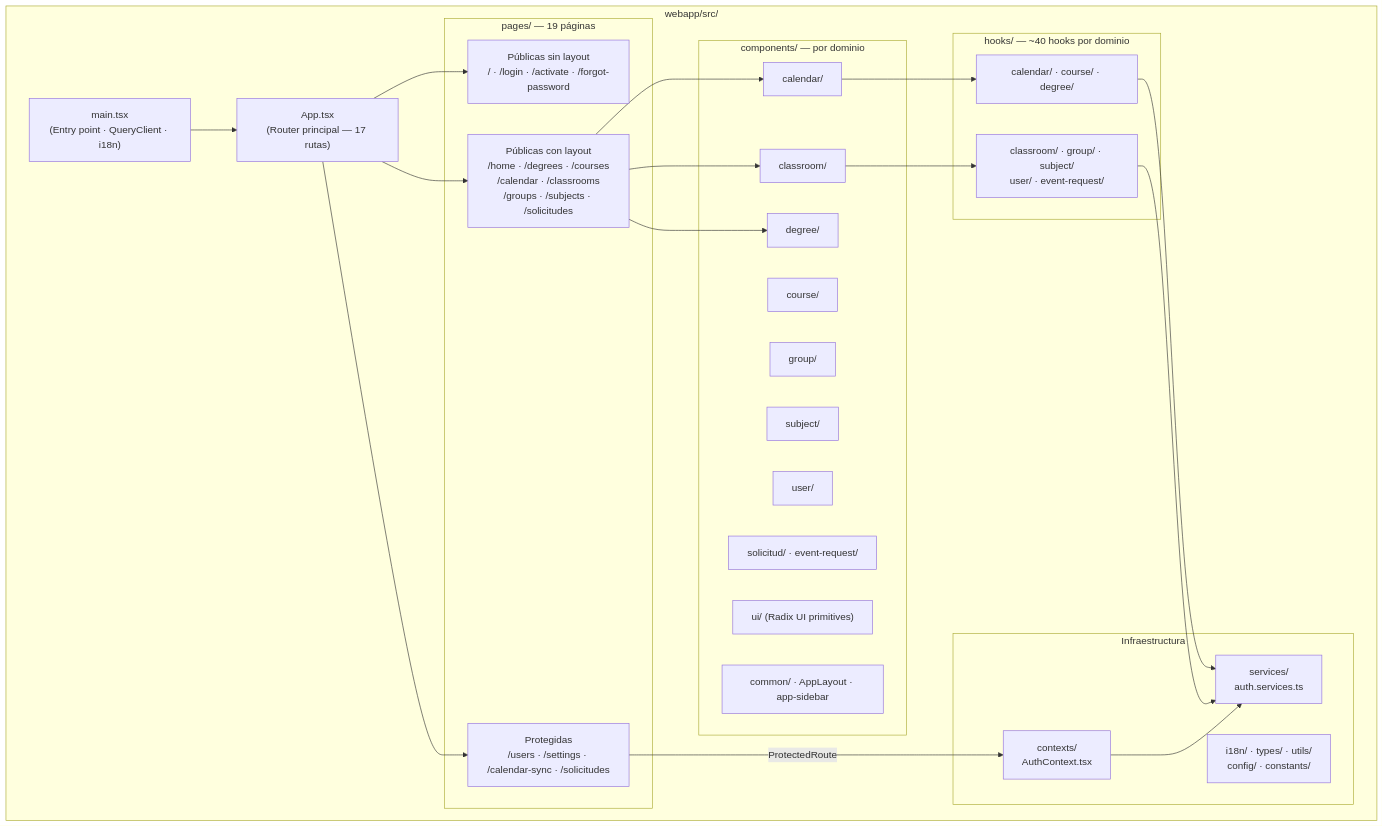
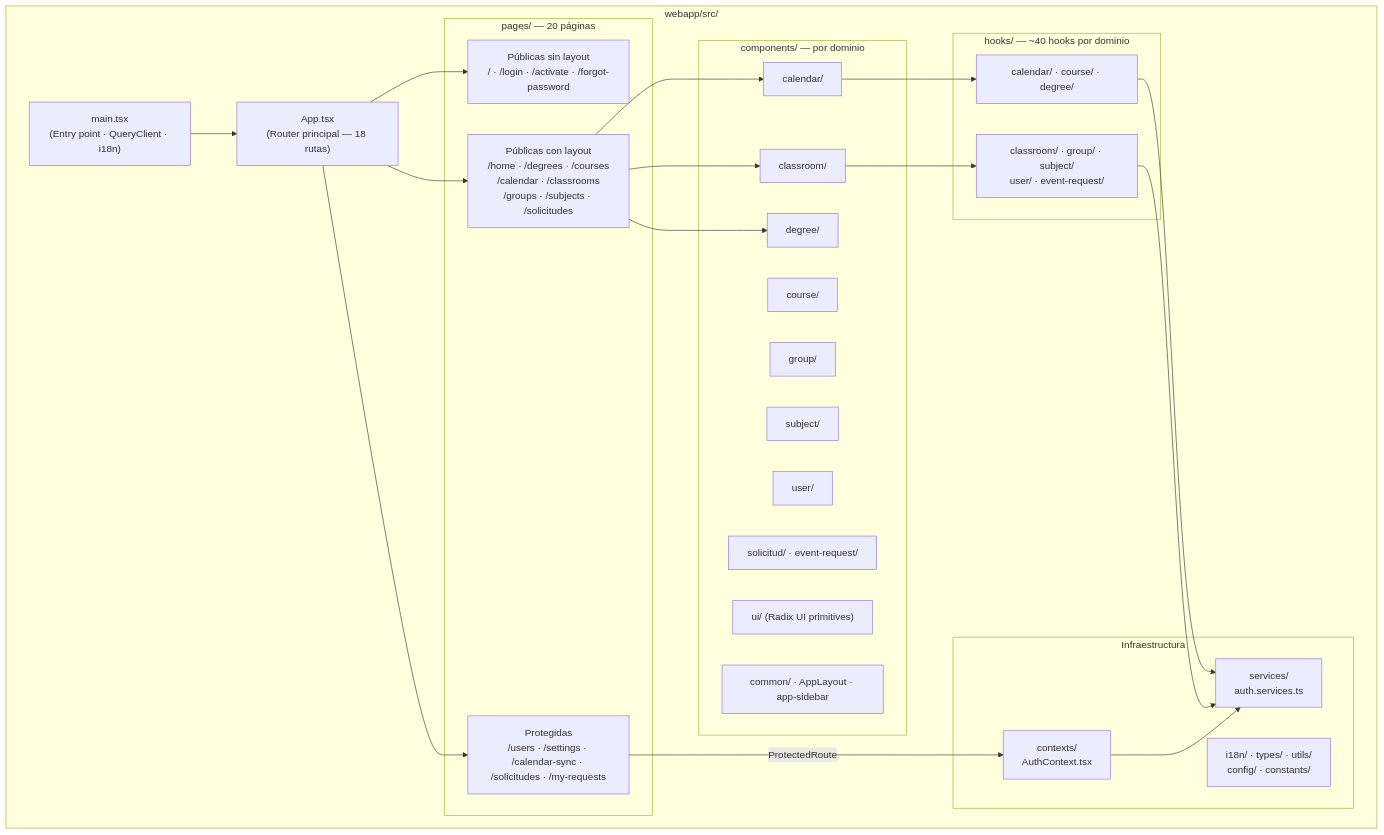
The first of 3 diagrams in docs/capitulo6_implementacion.md (Murias10/TeachingPlanner), drawn with Mermaid before and after one commit. The commit also changed other lines of this file and 3 other files, not shown here.

````diff
--- a/docs/capitulo6_implementacion.md
+++ b/docs/capitulo6_implementacion.md
@@ -15,51 +15,51 @@
 ```mermaid
 graph TD
     subgraph "webapp/src/"
-        APP["App.tsx\n(Router principal — 17 rutas)"]
+        APP["App.tsx\n(Router principal — 18 rutas)"]
         MAIN["main.tsx\n(Entry point · QueryClient · i18n)"]
 
-        subgraph "pages/ — 19 páginas"
+        subgraph "pages/ — 20 páginas"
             PUB["Públicas sin layout\n/ · /login · /activate · /forgot-password"]
             LAYOUT_PUB["Públicas con layout\n/home · /degrees · /courses\n/calendar · /classrooms\n/groups · /subjects · /solicitudes"]
-            LAYOUT_PROT["Protegidas\n/users · /settings · /calendar-sync · /solicitudes"]
+            LAYOUT_PROT["Protegidas\n/users · /settings · /calendar-sync · /solicitudes · /my-requests"]
         end
 
         subgraph "components/ — por dominio"
             COMP_CAL["calendar/"]
             COMP_CLASS["classroom/"]
             COMP_COURSE["course/"]
             COMP_DEG["degree/"]
             COMP_GRP["group/"]
             COMP_SUBJ["subject/"]
             COMP_USR["user/"]
             COMP_SOL["solicitud/ · event-request/"]
             COMP_UI["ui/ (Radix UI primitives)"]
             COMP_CMN["common/ · AppLayout · app-sidebar"]
         end
 
         subgraph "hooks/ — ~40 hooks por dominio"
             H_CAL["calendar/ · course/ · degree/"]
             H_REST["classroom/ · group/ · subject/\nuser/ · event-request/"]
         end
 
         subgraph "Infraestructura"
             CTX["contexts/\nAuthContext.tsx"]
             SVC["services/\nauth.services.ts"]
             I18N["i18n/ · types/ · utils/\nconfig/ · constants/"]
         end
     end
 
     MAIN --> APP
     APP --> PUB
     APP --> LAYOUT_PUB
     APP --> LAYOUT_PROT
     LAYOUT_PROT -->|"ProtectedRoute"| CTX
     LAYOUT_PUB --> COMP_CAL
     LAYOUT_PUB --> COMP_CLASS
     LAYOUT_PUB --> COMP_DEG
     COMP_CAL --> H_CAL
     COMP_CLASS --> H_REST
     H_CAL --> SVC
     H_REST --> SVC
     CTX --> SVC
 ```
````
